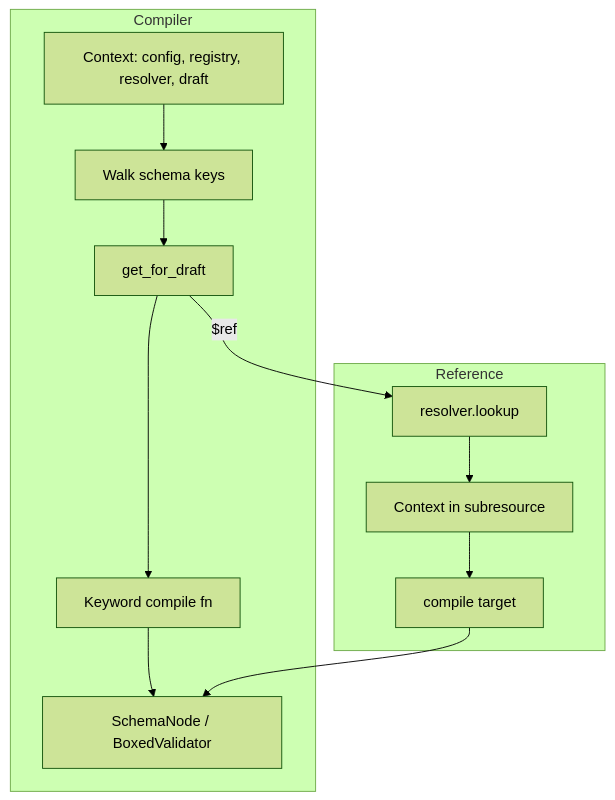
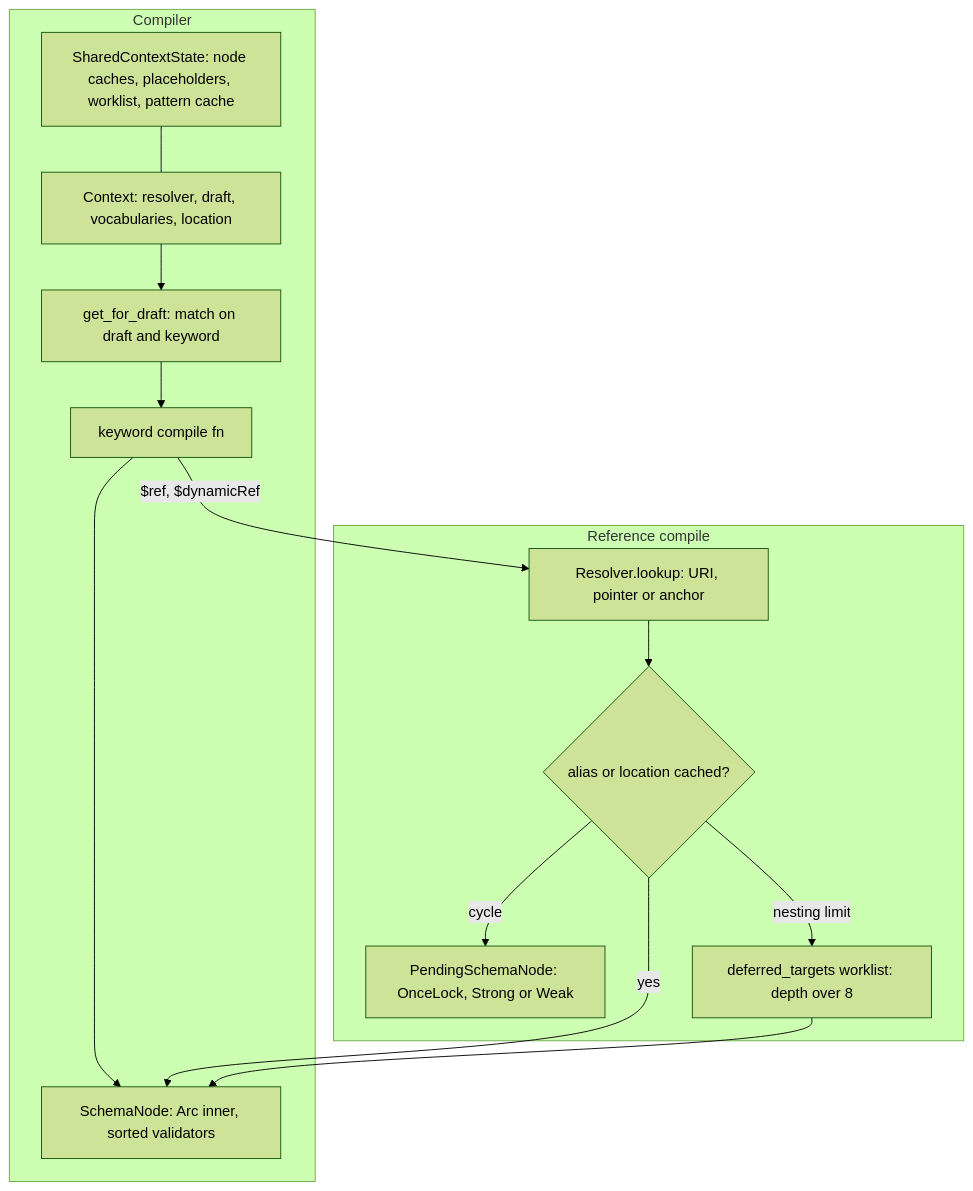
One commit to goddtriffin/json-schema-rs changed the second of 2 diagrams in research/reports/rust/Stranger6667-jsonschema.md. Above: the diagram before and after it, drawn with Mermaid (forest theme). The commit also changed other lines of this file and 51 other files, not shown here.

````diff
--- a/research/reports/rust/Stranger6667-jsonschema.md
+++ b/research/reports/rust/Stranger6667-jsonschema.md
@@ -191,23 +236,26 @@
 ```mermaid
 flowchart TB
   subgraph compiler [Compiler]
-    Ctx[Context: config, registry, resolver, draft]
-    Walk[Walk schema keys]
-    GetKeyword[get_for_draft]
-    Handler[Keyword compile fn]
-    Node[SchemaNode / BoxedValidator]
+    Ctx["Context: resolver, draft, vocabularies, location"]
+    Shared["SharedContextState: node caches, placeholders, worklist, pattern cache"]
+    Dispatch["get_for_draft: match on draft and keyword"]
+    KwCompile["keyword compile fn"]
+    Node["SchemaNode: Arc inner, sorted validators"]
   end
-  subgraph ref [Reference]
-    Lookup[resolver.lookup]
-    SubCtx[Context in subresource]
-    CompileRef[compile target]
+  subgraph refs [Reference compile]
+    Lookup["Resolver.lookup: URI, pointer or anchor"]
+    Cached{"alias or location cached?"}
+    Placeholder["PendingSchemaNode: OnceLock, Strong or Weak"]
+    Worklist["deferred_targets worklist: depth over 8"]
   end
-  Ctx --> Walk
-  Walk --> GetKeyword
-  GetKeyword --> Handler
-  Handler --> Node
-  GetKeyword -->|"$ref"| Lookup
-  Lookup --> SubCtx
-  SubCtx --> CompileRef
-  CompileRef --> Node
+  Ctx --> Dispatch
+  Dispatch --> KwCompile
+  KwCompile --> Node
+  KwCompile -->|"$ref, $dynamicRef"| Lookup
+  Lookup --> Cached
+  Cached -->|yes| Node
+  Cached -->|"cycle"| Placeholder
+  Cached -->|"nesting limit"| Worklist
+  Worklist --> Node
+  Shared --- Ctx
 ```
````
